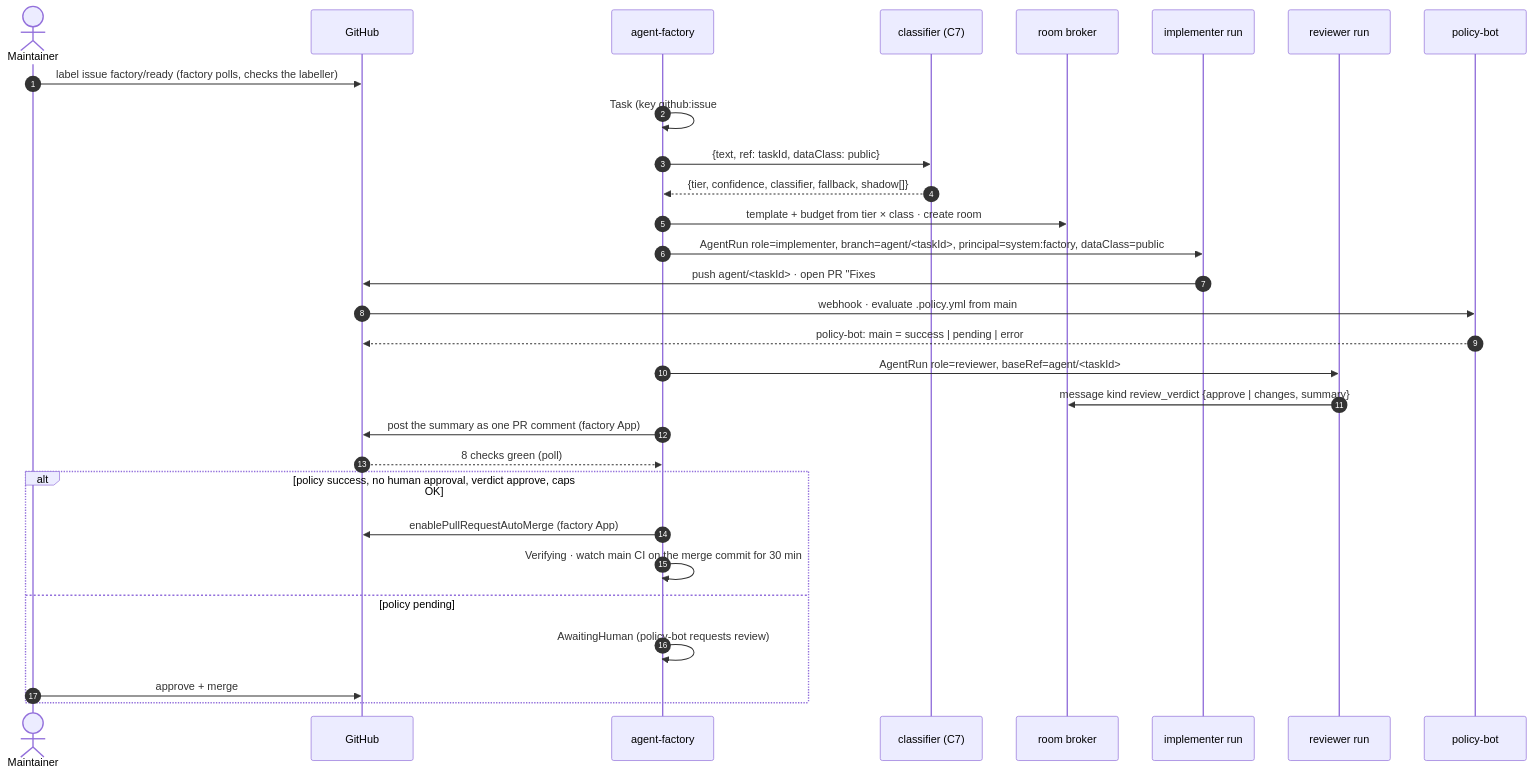
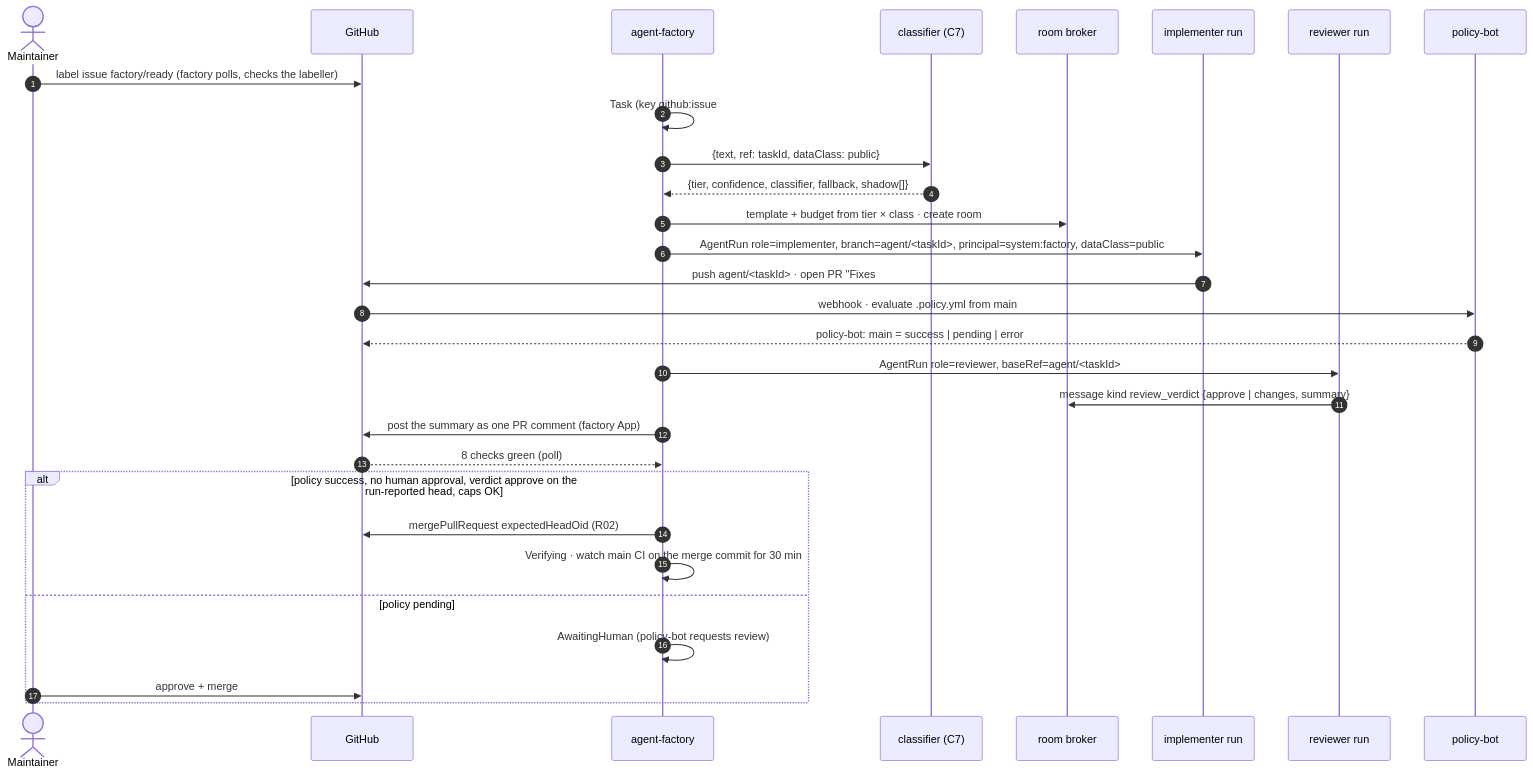
One commit to Smana/cloud-native-ref changed the second of 3 diagrams in docs/superpowers/specs/2026-09-23-agent-dark-factory-design.md. Above: the diagram before and after it, drawn with Mermaid. The commit also changed other lines of this file and 12 other files, not shown here.

````diff
--- a/docs/superpowers/specs/2026-09-23-agent-dark-factory-design.md
+++ b/docs/superpowers/specs/2026-09-23-agent-dark-factory-design.md
@@ -82,33 +82,33 @@
 ```mermaid
 sequenceDiagram
   autonumber
   actor M as Maintainer
   participant GH as GitHub
   participant F as agent-factory
   participant C as classifier (C7)
   participant R as room broker
   participant I as implementer run
   participant V as reviewer run
   participant P as policy-bot
 
   M->>GH: label issue factory/ready (factory polls, checks the labeller)
   F->>F: Task (key github:issue#n:gen1), snapshot body + sha256
   F->>C: {text, ref: taskId, dataClass: public}
   C-->>F: {tier, confidence, classifier, fallback, shadow[]}
   F->>R: template + budget from tier × class · create room
   F->>I: AgentRun role=implementer, branch=agent/<taskId>, principal=system:factory, dataClass=public
   I->>GH: push agent/<taskId> · open PR "Fixes #n"
   GH->>P: webhook · evaluate .policy.yml from main
   P-->>GH: policy-bot: main = success | pending | error
   F->>V: AgentRun role=reviewer, baseRef=agent/<taskId>
   V->>R: message kind review_verdict {approve | changes, summary}
   F->>GH: post the summary as one PR comment (factory App)
   GH-->>F: 8 checks green (poll)
-  alt policy success, no human approval, verdict approve, caps OK
-    F->>GH: enablePullRequestAutoMerge (factory App)
+  alt policy success, no human approval, verdict approve on the run-reported head, caps OK
+    F->>GH: mergePullRequest expectedHeadOid (R02)
     F->>F: Verifying · watch main CI on the merge commit for 30 min
   else policy pending
     F->>F: AwaitingHuman (policy-bot requests review)
     M->>GH: approve + merge
   end
 ```
````
